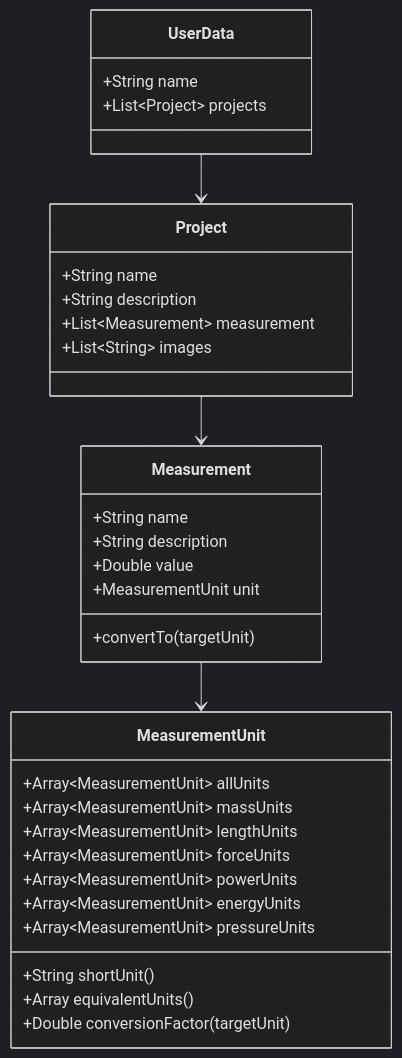
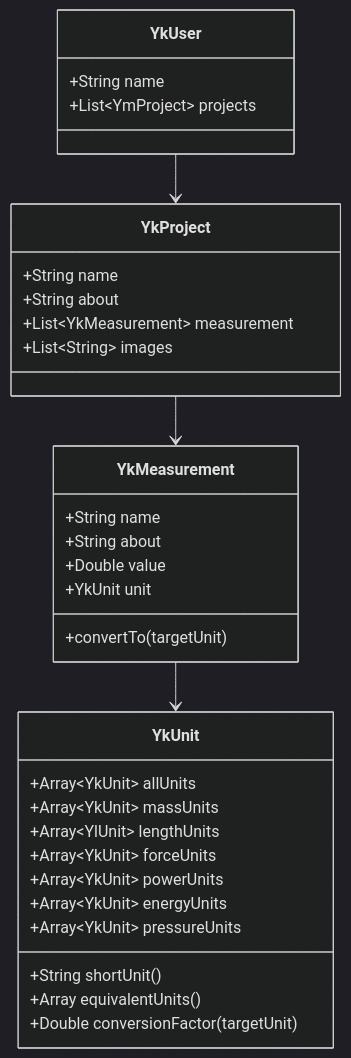
One commit to radcli14/youkon changed the diagram in README.md. Above: the diagram before and after it, drawn with Mermaid (dark theme).

Commit message:
Update README.md Yk prefix

````diff
--- a/README.md
+++ b/README.md
@@ -34,35 +34,35 @@
 ```mermaid
 classDiagram
-UserData --> Project
-Project --> Measurement
-Measurement --> MeasurementUnit
-class UserData {
+YkUser --> YkProject
+YkProject --> YkMeasurement
+YkMeasurement --> YkUnit
+class YkUser {
 +String name
-+List~Project~ projects
++List~YmProject~ projects
 }
-class Project {
+class YkProject {
 +String name
-+String description
-+List~Measurement~ measurement
++String about
++List~YkMeasurement~ measurement
 +List~String~ images
 }
-class Measurement {
+class YkMeasurement {
 +String name
-+String description
++String about
 +Double value
-+MeasurementUnit unit
++YkUnit unit
 +convertTo(targetUnit)
 }
-class MeasurementUnit {
-+Array~MeasurementUnit~ allUnits
-+Array~MeasurementUnit~ massUnits
-+Array~MeasurementUnit~ lengthUnits
-+Array~MeasurementUnit~ forceUnits
-+Array~MeasurementUnit~ powerUnits
-+Array~MeasurementUnit~ energyUnits
-+Array~MeasurementUnit~ pressureUnits
+class YkUnit {
++Array~YkUnit~ allUnits
++Array~YkUnit~ massUnits
++Array~YlUnit~ lengthUnits
++Array~YkUnit~ forceUnits
++Array~YkUnit~ powerUnits
++Array~YkUnit~ energyUnits
++Array~YkUnit~ pressureUnits
 +String shortUnit()
-+Array<MeasurementUnit> equivalentUnits()
++Array<YkUnit> equivalentUnits()
 +Double conversionFactor(targetUnit)
 }
 ```
````
